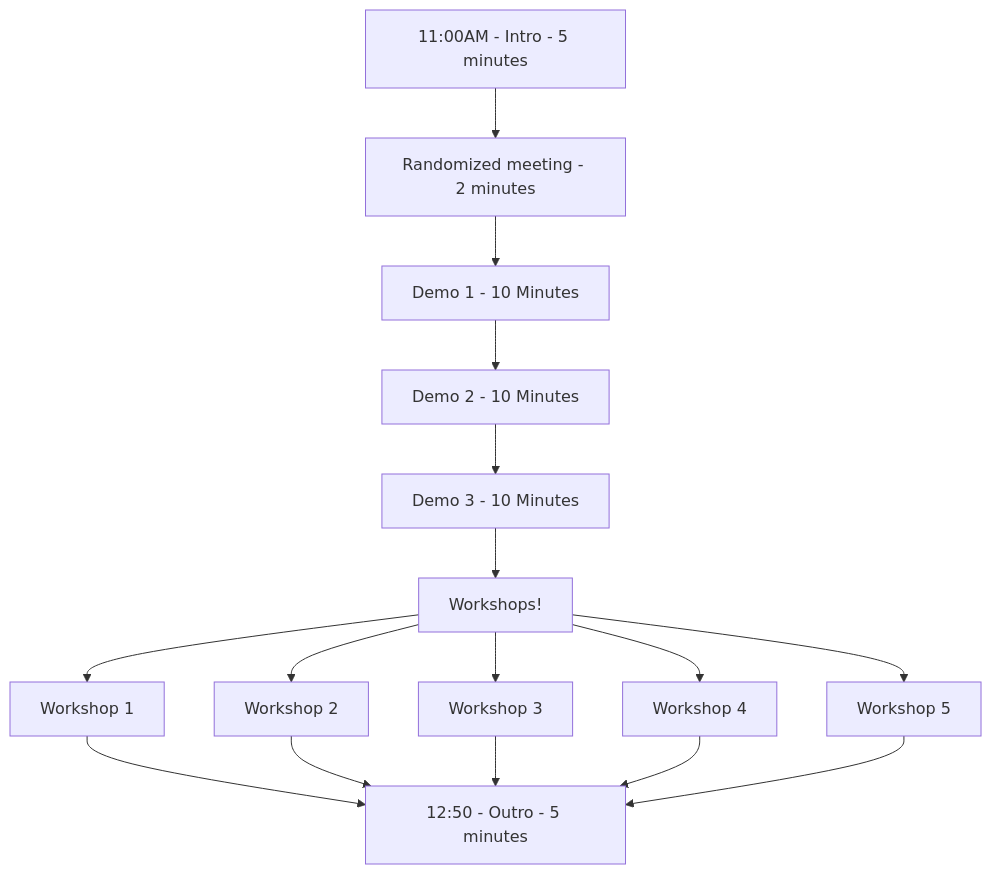
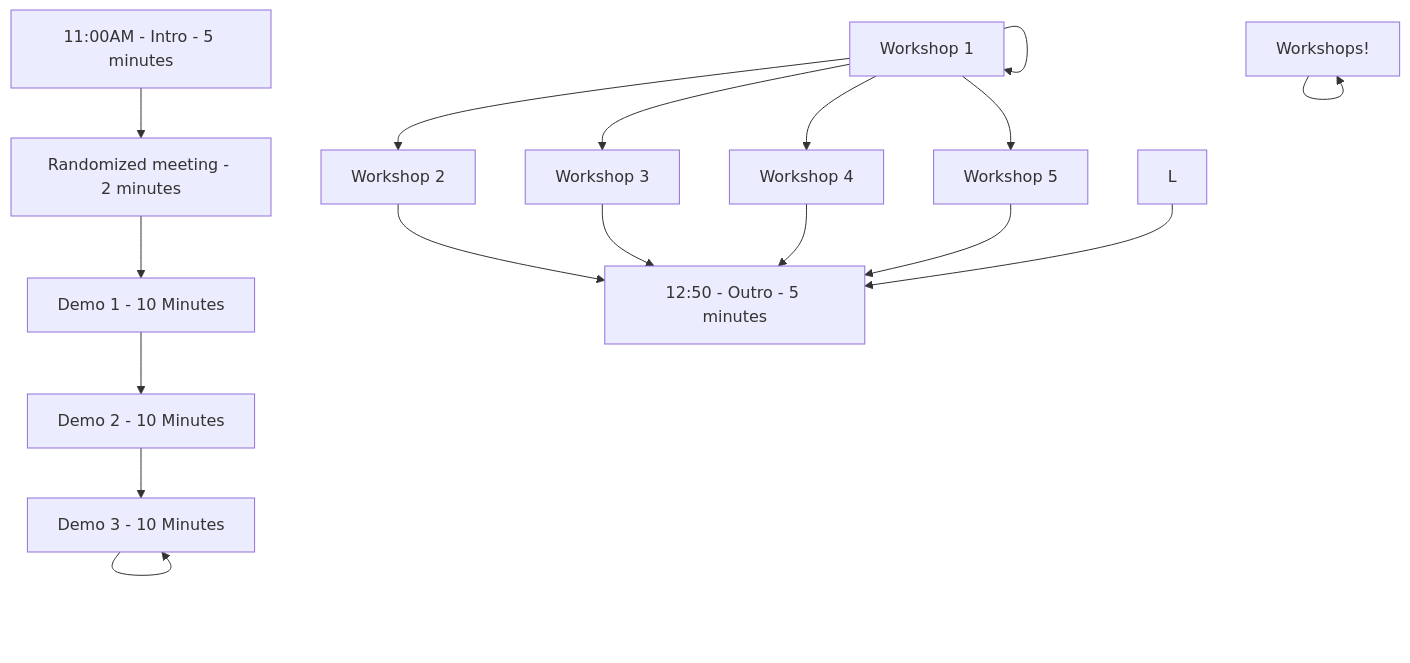
The diagram in Structure.md (Brale-xyz/dayzero), drawn with Mermaid before and after one commit.

````diff
--- a/Structure.md
+++ b/Structure.md
@@ -1,16 +1,17 @@
 ```mermaid
 graph TD
     A[11:00AM - Intro - 5 minutes] --> B[Randomized meeting - 2 minutes]
     B --> C[Demo 1 - 10 Minutes]
     C --> D[Demo 2 - 10 Minutes]
     D --> E[Demo 3 - 10 Minutes]
-    E --> F[Workshops!]
+    E --> E[Demo 3 - 10 Minutes]
+    F --> F[Workshops!]
     
-    F --> G[Workshop 1]
-    F --> H[Workshop 2]
-    F --> I[Workshop 3]
-    F --> J[Workshop 4]
-    F --> K[Workshop 5]
+    G --> G[Workshop 1]
+    G --> H[Workshop 2]
+    G --> I[Workshop 3]
+    G --> J[Workshop 4]
+    G --> K[Workshop 5]
     
-    G & H & I & J & K --> N[12:50 - Outro - 5 minutes]
+    H & I & J & K & L --> N[12:50 - Outro - 5 minutes]
 ```
````
